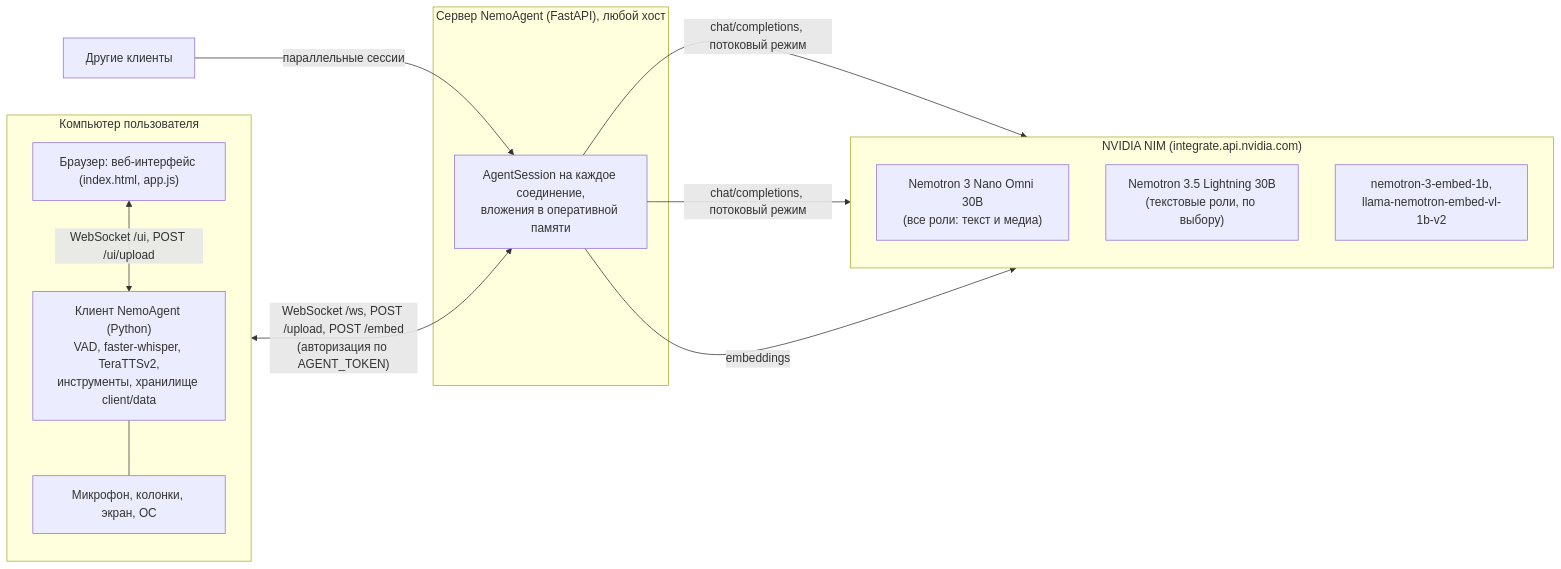
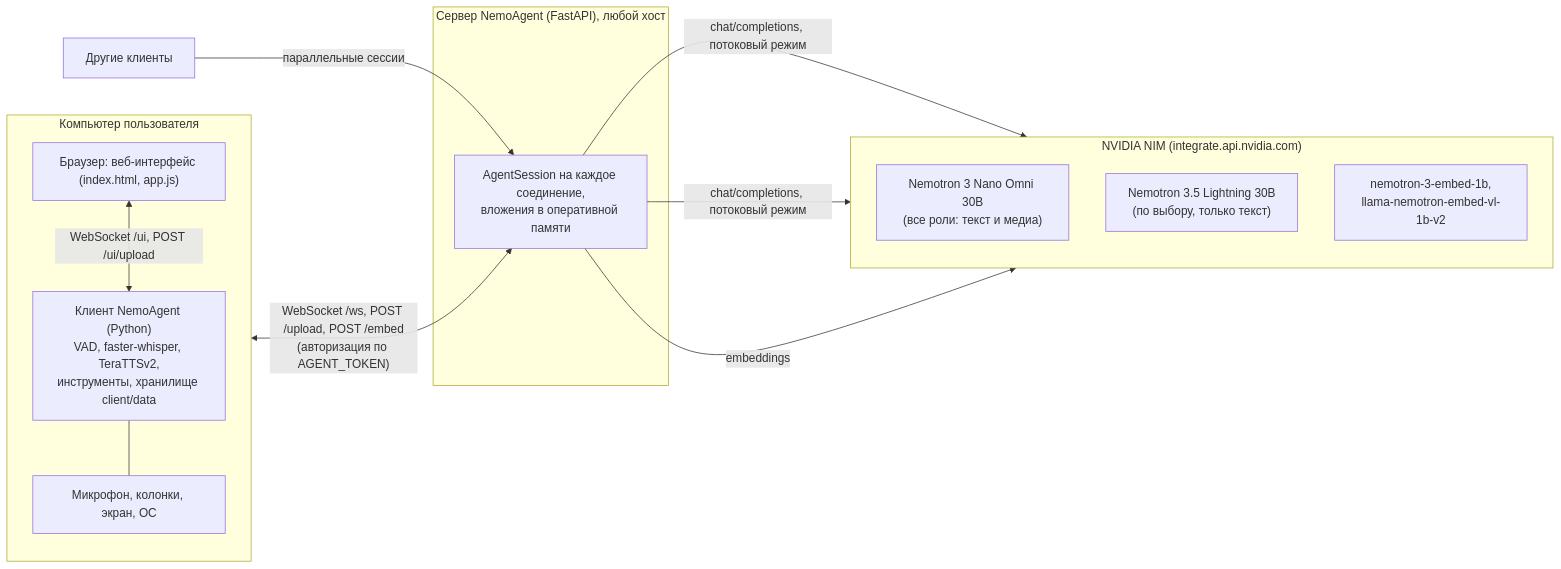
One commit to ALeksandr13254/NemoAgent changed the first of 7 diagrams in README.md. Above: the diagram before and after it, drawn with Mermaid. The commit also changed other lines of this file and 11 other files, not shown here.

````diff
--- a/README.md
+++ b/README.md
@@ -60,28 +61,28 @@
 ```mermaid
 flowchart LR
     subgraph PC["Компьютер пользователя"]
         direction TB
         BR["Браузер: веб-интерфейс (index.html, app.js)"]
         CL["Клиент NemoAgent (Python)<br/>VAD, faster-whisper, TeraTTSv2,<br/>инструменты, хранилище client/data"]
         HW["Микрофон, колонки, экран, ОС"]
         BR <-- "WebSocket /ui, POST /ui/upload" --> CL
         CL --- HW
     end
 
     subgraph SRV["Сервер NemoAgent (FastAPI), любой хост"]
         SS["AgentSession на каждое соединение,<br/>вложения в оперативной памяти"]
     end
 
     subgraph NIM["NVIDIA NIM (integrate.api.nvidia.com)"]
         direction TB
         M1["Nemotron 3 Nano Omni 30B<br/>(все роли: текст и медиа)"]
-        M2["Nemotron 3.5 Lightning 30B<br/>(текстовые роли, по выбору)"]
+        M2["Nemotron 3.5 Lightning 30B<br/>(по выбору, только текст)"]
         M3["nemotron-3-embed-1b,<br/>llama-nemotron-embed-vl-1b-v2"]
     end
 
     OTHER["Другие клиенты"] -- "параллельные сессии" --> SS
     CL <-- "WebSocket /ws, POST /upload, POST /embed<br/>(авторизация по AGENT_TOKEN)" --> SS
     SS -- "chat/completions, потоковый режим" --> M1
     SS -- "chat/completions, потоковый режим" --> M2
     SS -- "embeddings" --> M3
 ```
````
